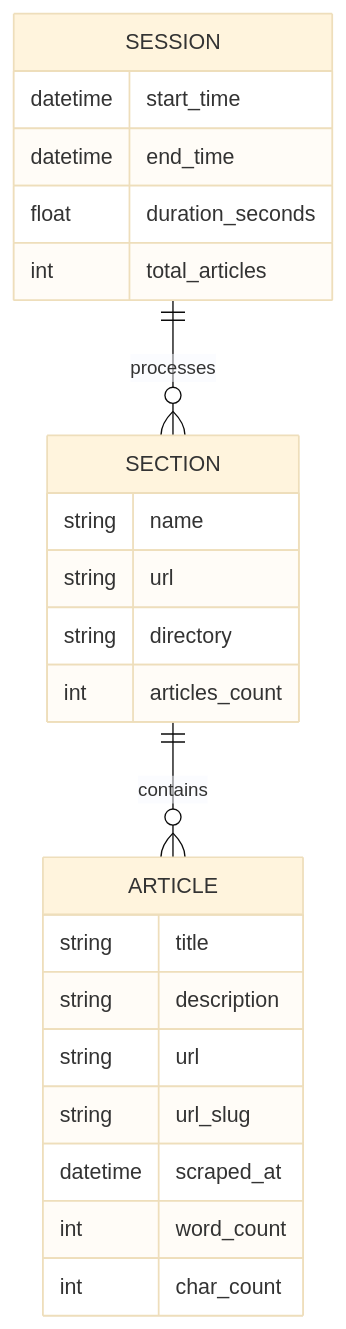
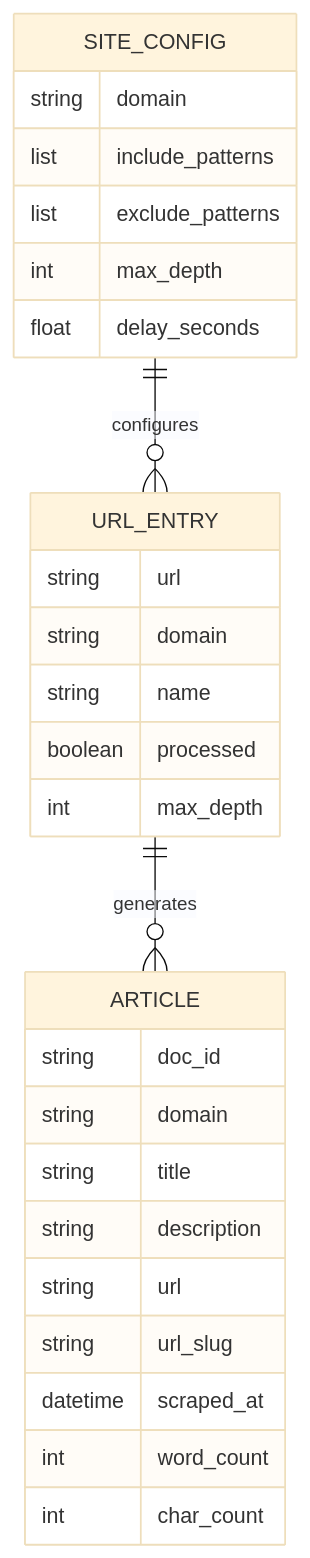
The fifth of 6 diagrams in readme.markdown (lopezbec/cocina-dominicana-crawl_Dominican_LLM_project), drawn with Mermaid (base theme) before and after one commit. The commit also changed other lines of this file, not shown here.

First line of the commit message:
docs: comprehensive README overhaul with diagrams and examples

````diff
--- a/readme.markdown
+++ b/readme.markdown
@@ -260,29 +259,33 @@
 ```mermaid
 erDiagram
     ARTICLE {
+        string doc_id
+        string domain
         string title
         string description
         string url
         string url_slug
         datetime scraped_at
         int word_count
         int char_count
     }
     
-    SECTION {
+    URL_ENTRY {
+        string url
+        string domain
         string name
-        string url
-        string directory
-        int articles_count
+        boolean processed
+        int max_depth
     }
     
-    SESSION {
-        datetime start_time
-        datetime end_time
-        float duration_seconds
-        int total_articles
+    SITE_CONFIG {
+        string domain
+        list include_patterns
+        list exclude_patterns
+        int max_depth
+        float delay_seconds
     }
     
-    SECTION ||--o{ ARTICLE : contains
-    SESSION ||--o{ SECTION : processes
+    URL_ENTRY ||--o{ ARTICLE : generates
+    SITE_CONFIG ||--o{ URL_ENTRY : configures
 ```
````
